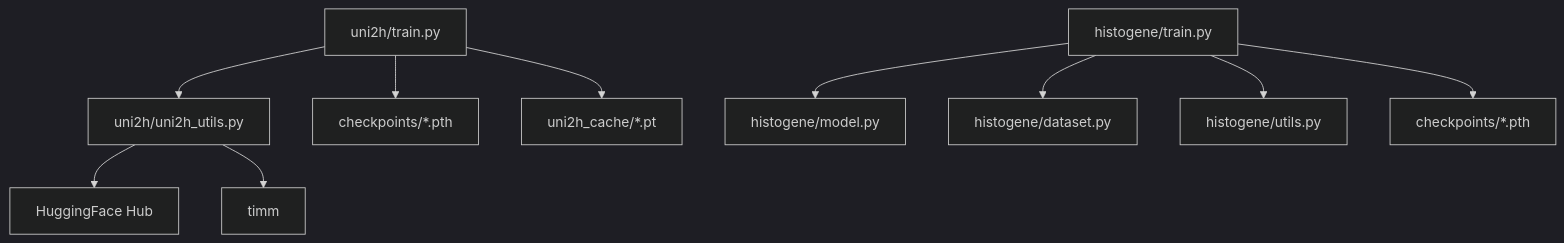
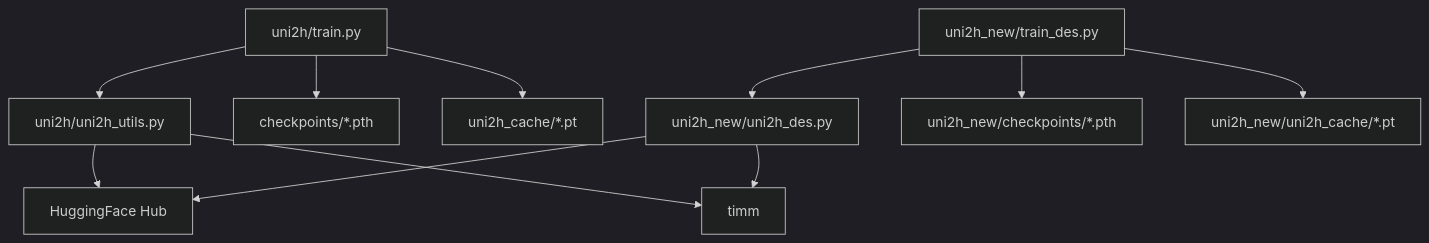
Before and after one commit to qzs610038-star/AI-esophagus-cancer-basedon-HF-HT: the fifth of 5 diagrams in .qoder/repowiki/zh/content/训练系统/UNI2-h+MLP训练流程.md, drawn with Mermaid (dark theme). The commit also changed other lines of this file and 8 other files, not shown here.

````diff
--- a/.qoder/repowiki/zh/content/训练系统/UNI2-h+MLP训练流程.md
+++ b/.qoder/repowiki/zh/content/训练系统/UNI2-h+MLP训练流程.md
@@ -280,12 +286,13 @@
 ```mermaid
 graph TB
 T["uni2h/train.py"] --> U["uni2h/uni2h_utils.py"]
+T2["uni2h_new/train_des.py"] --> U2["uni2h_new/uni2h_des.py"]
 U --> HF["HuggingFace Hub"]
 U --> TIMM["timm"]
+U2 --> HF
+U2 --> TIMM
 T --> CKPT["checkpoints/*.pth"]
 T --> CACHE["uni2h_cache/*.pt"]
-HT["histogene/train.py"] --> HM["histogene/model.py"]
-HT --> HD["histogene/dataset.py"]
-HT --> HU["histogene/utils.py"]
-HT --> CKPT2["checkpoints/*.pth"]
+T2 --> CKPT2["uni2h_new/checkpoints/*.pth"]
+T2 --> CACHE2["uni2h_new/uni2h_cache/*.pt"]
 ```
````
